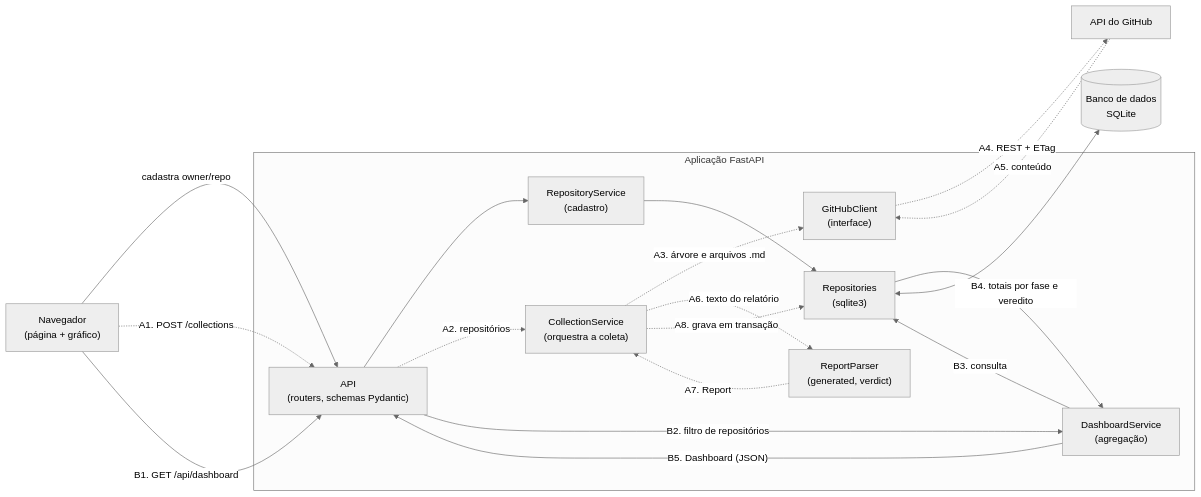
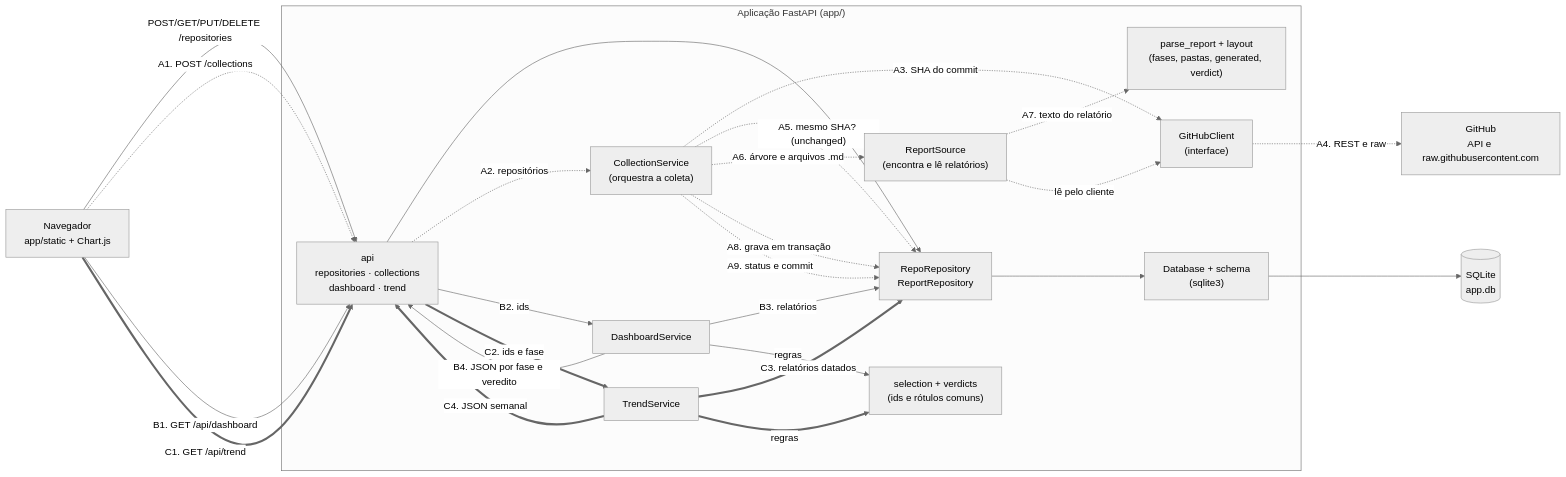
Before and after one commit to joaogoes/akcit_modulo_4: the diagram in docs/03 diagrama-componentes.md, drawn with Mermaid (neutral theme). The commit also changed other lines of this file, not shown here.

Commit message:
docs: atualiza o diagrama de componentes com a arquitetura implementada
Mostra ReportSource, TrendService, selection e verdicts, e separa os
fluxos de coleta, dashboard e tendência.

````diff
--- a/docs/03 diagrama-componentes.md
+++ b/docs/03 diagrama-componentes.md
@@ -5,41 +9,52 @@
 ```mermaid
 flowchart LR
-    Browser["Navegador<br/>(página + gráfico)"]
-    GitHub["API do GitHub"]
+    Browser["Navegador<br/>app/static + Chart.js"]
+    GitHub["GitHub<br/>API e raw.githubusercontent.com"]
 
-    subgraph App["Aplicação FastAPI"]
-        API["API<br/>(routers, schemas Pydantic)"]
-        RepoSvc["RepositoryService<br/>(cadastro)"]
-        CollectSvc["CollectionService<br/>(orquestra a coleta)"]
-        DashSvc["DashboardService<br/>(agregação)"]
+    subgraph App["Aplicação FastAPI (app/)"]
+        API["api<br/>repositories · collections<br/>dashboard · trend"]
+        Collect["CollectionService<br/>(orquestra a coleta)"]
+        Source["ReportSource<br/>(encontra e lê relatórios)"]
+        Parser["parse_report + layout<br/>(fases, pastas, generated, verdict)"]
         Client["GitHubClient<br/>(interface)"]
-        Parser["ReportParser<br/>(generated, verdict)"]
-        Repo["Repositories<br/>(sqlite3)"]
+        Dash["DashboardService"]
+        Trend["TrendService"]
+        Shared["selection + verdicts<br/>(ids e rótulos comuns)"]
+        Repos["RepoRepository<br/>ReportRepository"]
+        DB["Database + schema<br/>(sqlite3)"]
     end
 
-    DB[("Banco de dados<br/>SQLite")]
+    SQLite[("SQLite<br/>app.db")]
 
     %% Cadastro
-    Browser -- "cadastra owner/repo" --> API
-    API --> RepoSvc
-    RepoSvc --> Repo
+    Browser -- "POST/GET/PUT/DELETE /repositories" --> API
+    API --> Repos
 
-    %% Fluxo de coleta
+    %% Coleta
     Browser -. "A1. POST /collections" .-> API
-    API -. "A2. repositórios" .-> CollectSvc
-    CollectSvc -. "A3. árvore e arquivos .md" .-> Client
-    Client -. "A4. REST + ETag" .-> GitHub
-    GitHub -. "A5. conteúdo" .-> Client
-    CollectSvc -. "A6. texto do relatório" .-> Parser
-    Parser -. "A7. Report" .-> CollectSvc
-    CollectSvc -. "A8. grava em transação" .-> Repo
+    API -. "A2. repositórios" .-> Collect
+    Collect -. "A3. SHA do commit" .-> Client
+    Client -. "A4. REST e raw" .-> GitHub
+    Collect -. "A5. mesmo SHA? (unchanged)" .-> Repos
+    Collect -. "A6. árvore e arquivos .md" .-> Source
+    Source -. "A7. texto do relatório" .-> Parser
+    Source -. "lê pelo cliente" .-> Client
+    Collect -. "A8. grava em transação" .-> Repos
+    Collect -. "A9. status e commit" .-> Repos
 
-    %% Fluxo do dashboard
+    %% Dashboard
     Browser -- "B1. GET /api/dashboard" --> API
-    API -- "B2. filtro de repositórios" --> DashSvc
-    DashSvc -- "B3. consulta" --> Repo
-    Repo -- "B4. totais por fase e veredito" --> DashSvc
-    DashSvc -- "B5. Dashboard (JSON)" --> API
+    API -- "B2. ids" --> Dash
+    Dash -- "B3. relatórios" --> Repos
+    Dash -- "regras" --> Shared
+    Dash -- "B4. JSON por fase e veredito" --> API
 
-    Repo <--> DB
+    %% Tendência
+    Browser == "C1. GET /api/trend" ==> API
+    API == "C2. ids e fase" ==> Trend
+    Trend == "C3. relatórios datados" ==> Repos
+    Trend == "regras" ==> Shared
+    Trend == "C4. JSON semanal" ==> API
+
+    Repos --> DB --> SQLite
 ```
````
